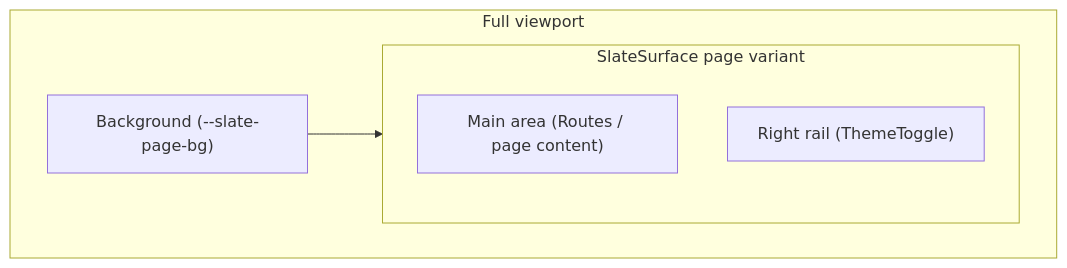
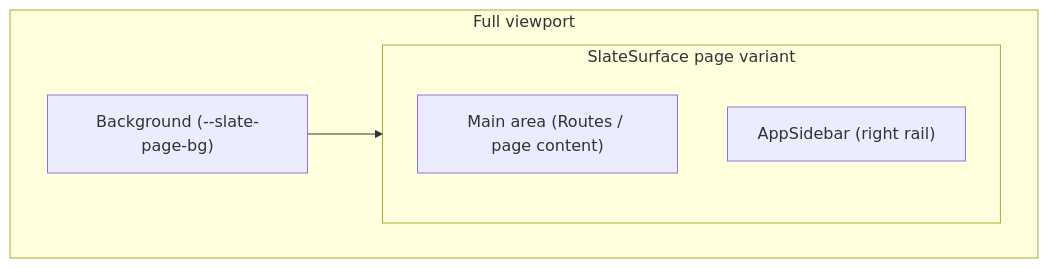
One commit to pranjalbainsla/pin-note changed the second of 5 diagrams in docs/architecture.md. Above: the diagram before and after it, drawn with Mermaid. The commit also changed other lines of this file, not shown here.

Commit message:
docs: update architecture.md for sidebar-based navigation

````diff
--- a/docs/architecture.md
+++ b/docs/architecture.md
@@ -112,11 +114,11 @@
 ```mermaid
 flowchart TB
     subgraph viewport [Full viewport]
         bg["Background (--slate-page-bg)"]
         subgraph slate [SlateSurface page variant]
             main["Main area (Routes / page content)"]
-            rail["Right rail (ThemeToggle)"]
+            sidebar["AppSidebar (right rail)"]
         end
     end
     bg --> slate
 ```
````
